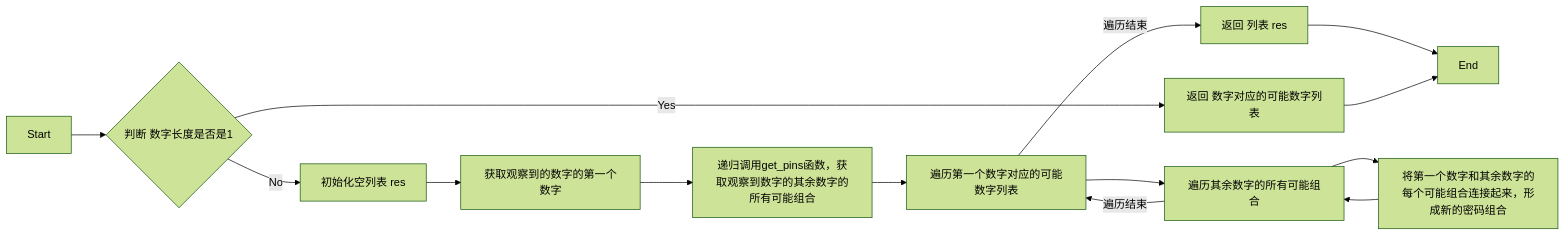
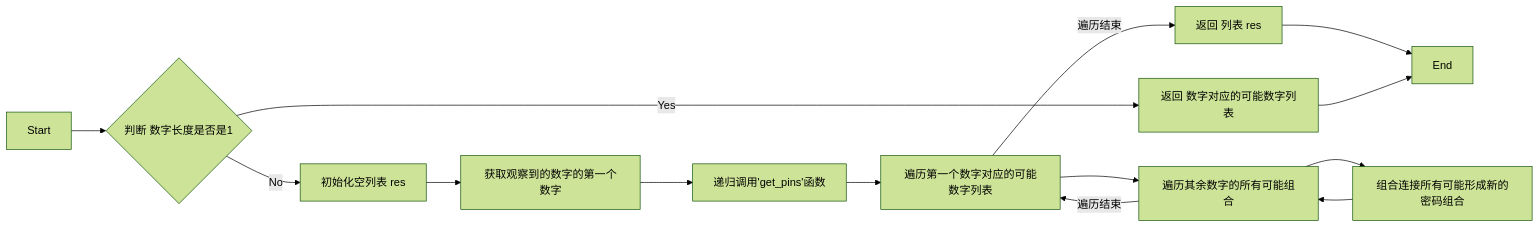
The third of 6 diagrams in python_course/Experiments/experiment4.md (lechen20/Python_course), drawn with Mermaid (forest theme) before and after one commit. The commit also changed other lines of this file, not shown here.

````diff
--- a/python_course/Experiments/experiment4.md
+++ b/python_course/Experiments/experiment4.md
@@ -486,16 +486,16 @@
 ```mermaid
 flowchart LR  
 A[Start] --> B{判断 数字长度是否是1}
 B -->|Yes| C[返回 数字对应的可能数字列表]
 B -->|No| D[初始化空列表 res]
 D --> E[获取观察到的数字的第一个数字]
-E --> F[递归调用get_pins函数，获取观察到数字的其余数字的所有可能组合]
+E --> F[递归调用'get_pins'函数]
 F --> G[遍历第一个数字对应的可能数字列表]
 G --> H[遍历其余数字的所有可能组合]
-H --> I[将第一个数字和其余数字的每个可能组合连接起来，形成新的密码组合]
+H --> I[组合连接所有可能形成新的密码组合]
 I --> H
 H -->|遍历结束| G
 G -->|遍历结束| J[返回 列表 res]
 J --> K[End]
 C --> K[End]
 ```   
````
